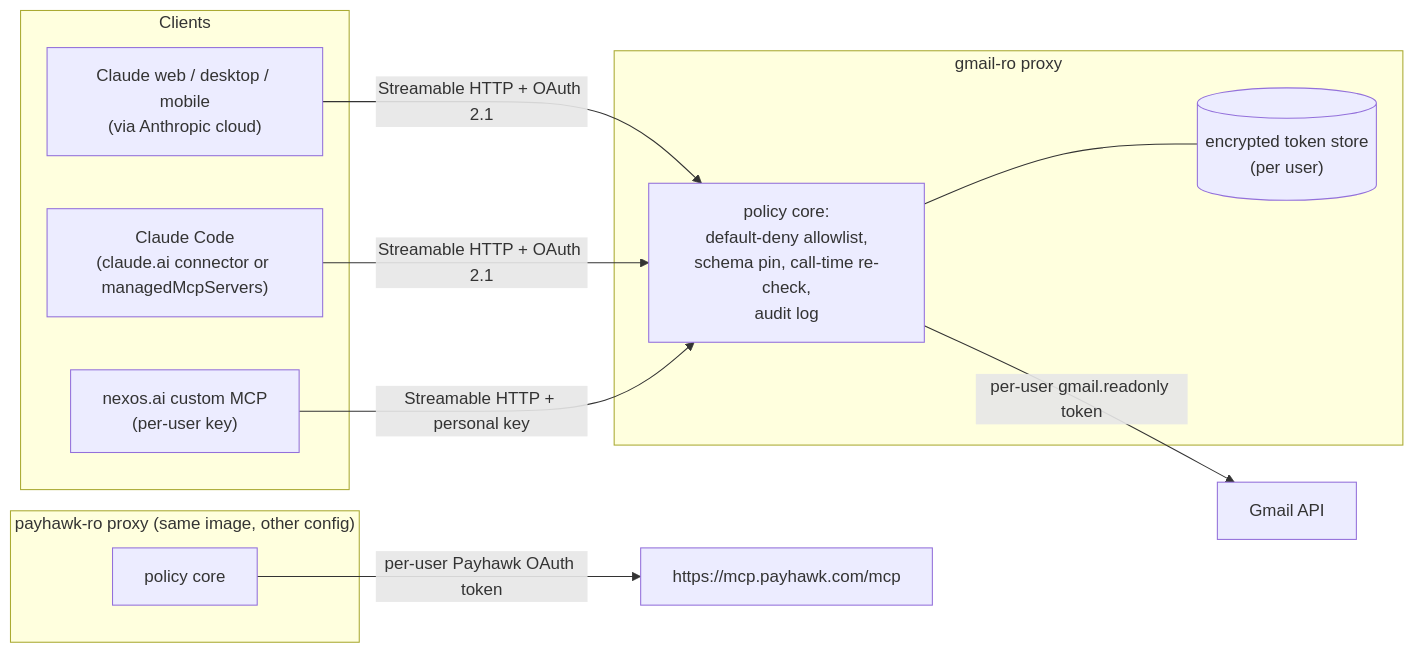
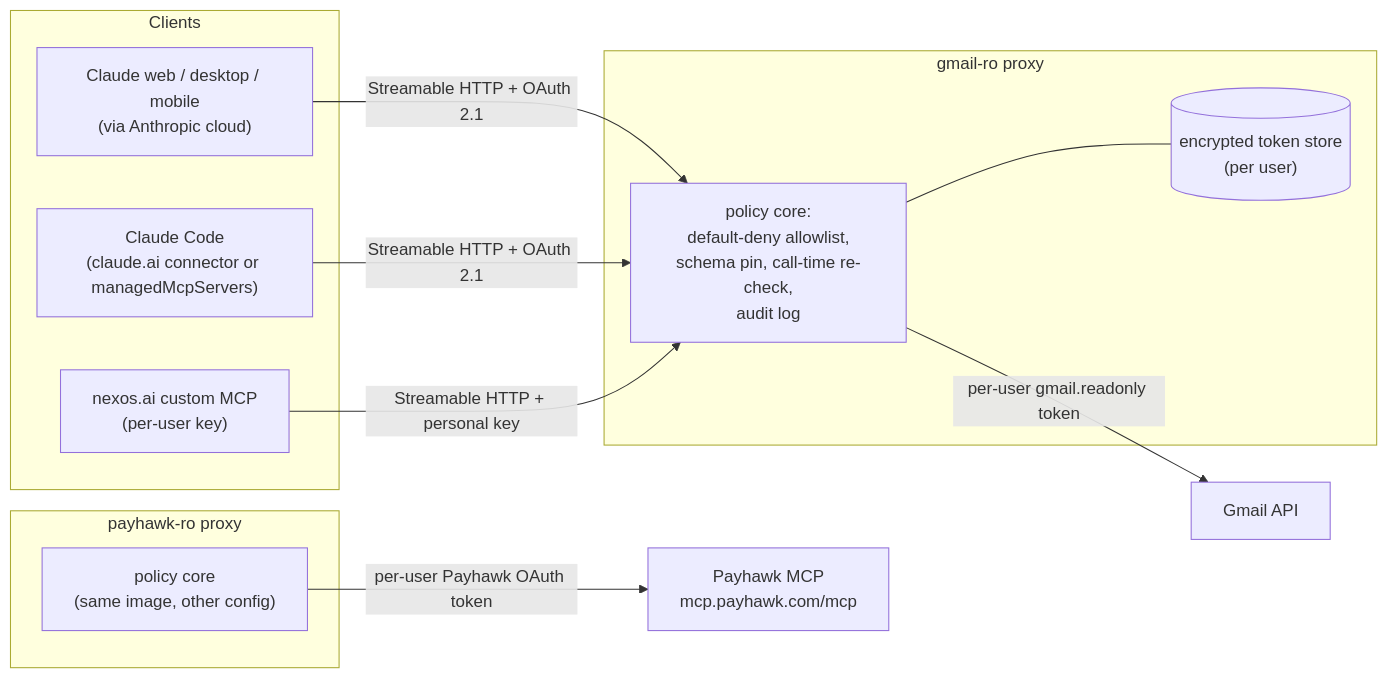
Before and after one commit to rokasce/mcp-readonly-proxies: the first of 4 diagrams in docs/proxy-design.md, drawn with Mermaid. The commit also changed other lines of this file and 42 other files, not shown here.

````diff
--- a/docs/proxy-design.md
+++ b/docs/proxy-design.md
@@ -46,25 +46,25 @@
 ```mermaid
 flowchart LR
   subgraph Clients
     CW["Claude web / desktop / mobile<br/>(via Anthropic cloud)"]
     CC["Claude Code<br/>(claude.ai connector or managedMcpServers)"]
     NX["nexos.ai custom MCP<br/>(per-user key)"]
   end
 
   subgraph GP["gmail-ro proxy"]
     GPC["policy core:<br/>default-deny allowlist,<br/>schema pin, call-time re-check,<br/>audit log"]
     GTS[("encrypted token store<br/>(per user)")]
   end
 
-  subgraph PP["payhawk-ro proxy (same image, other config)"]
-    PPC["policy core"]
+  subgraph PP["payhawk-ro proxy"]
+    PPC["policy core<br/>(same image, other config)"]
   end
 
   CW -- "Streamable HTTP + OAuth 2.1" --> GPC
   CC -- "Streamable HTTP + OAuth 2.1" --> GPC
   NX -- "Streamable HTTP + personal key" --> GPC
   GPC --- GTS
   GPC -- "per-user gmail.readonly token" --> GAPI["Gmail API"]
 
-  PPC -- "per-user Payhawk OAuth token" --> PMCP["https://mcp.payhawk.com/mcp"]
+  PPC -- "per-user Payhawk OAuth token" --> PMCP["Payhawk MCP<br/>mcp.payhawk.com/mcp"]
 ```
````
